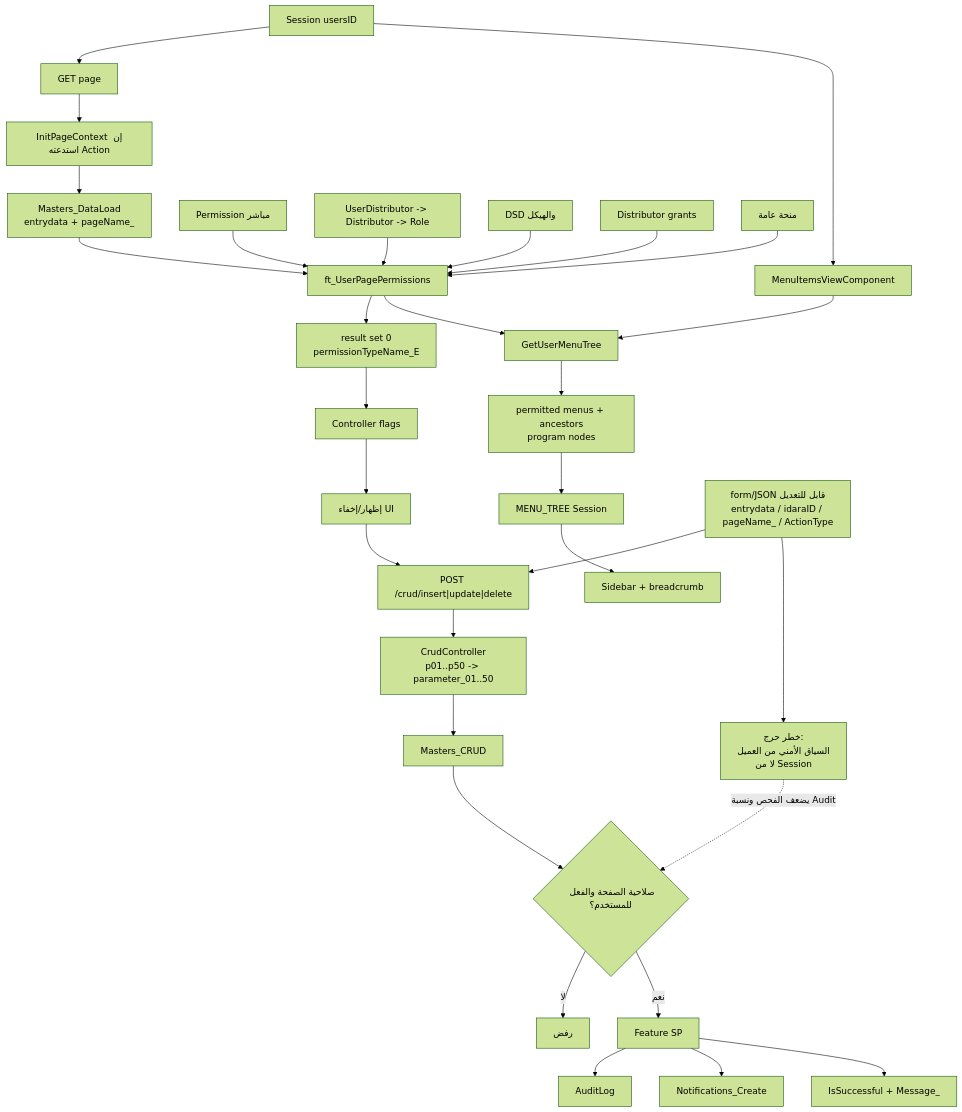
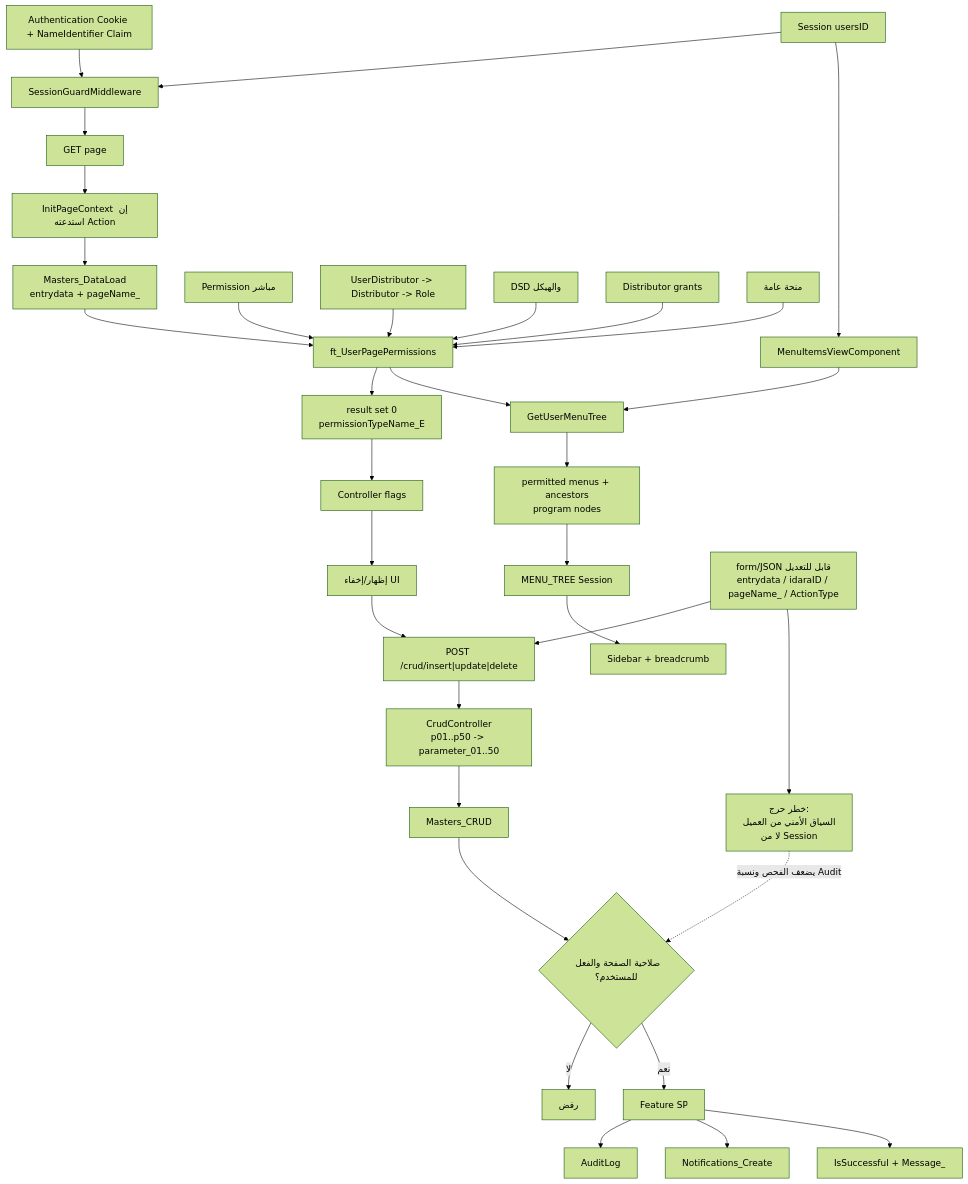
The diagram in Documentation/Diagrams/Security-Authorization-and-Permission-Flow.md (X5B00D/SmartFoundation), drawn with Mermaid (forest theme) before and after one commit. The commit also changed other lines of this file and 145 other files, not shown here.

````diff
--- a/Documentation/Diagrams/Security-Authorization-and-Permission-Flow.md
+++ b/Documentation/Diagrams/Security-Authorization-and-Permission-Flow.md
@@ -5,23 +5,24 @@
 ```mermaid
 flowchart TB
-    Session["Session usersID"] --> Get["GET page"] --> Context["InitPageContext إن استدعته Action"] --> DL["Masters_DataLoad\nentrydata + pageName_"]
+    Cookie["Authentication Cookie + NameIdentifier Claim"] --> Guard["SessionGuardMiddleware"]
+    Session["Session usersID"] --> Guard --> Get["GET page"] --> Context["InitPageContext إن استدعته Action"] --> DL["Masters_DataLoad\nentrydata + pageName_"]
     Direct["Permission مباشر"] --> Function["ft_UserPagePermissions"]
     Role["UserDistributor -> Distributor -> Role"] --> Function
     DSD["DSD والهيكل"] --> Function
     Distributor["Distributor grants"] --> Function
     General["منحة عامة"] --> Function
     DL --> Function --> Set["result set 0\npermissionTypeName_E"] --> Flags["Controller flags"] --> UI["إظهار/إخفاء UI"]
     UI --> Post["POST /crud/insert|update|delete"]
     Session --> MenuVC["MenuItemsViewComponent"] --> MenuSP["GetUserMenuTree"]
     Function --> MenuSP
     MenuSP --> Tree["permitted menus + ancestors\nprogram nodes"] --> MenuSession["MENU_TREE Session"] --> Navigation["Sidebar + breadcrumb"]
     Client["form/JSON قابل للتعديل\nentrydata / idaraID / pageName_ / ActionType"] --> Post
     Post --> Crud["CrudController\np01..p50 -> parameter_01..50"] --> Gateway["Masters_CRUD"]
     Gateway --> Check{"صلاحية الصفحة والفعل للمستخدم؟"}
     Check -- "لا" --> Deny["رفض"]
     Check -- "نعم" --> Feature["Feature SP"] --> Audit["AuditLog"]
     Feature --> Notify["Notifications_Create"]
     Feature --> Result["IsSuccessful + Message_"]
     Warning["خطر حرج:\nالسياق الأمني من العميل\nلا من Session"]
     Client --> Warning -. "يضعف الفحص ونسبة Audit" .-> Check
 ```
````
